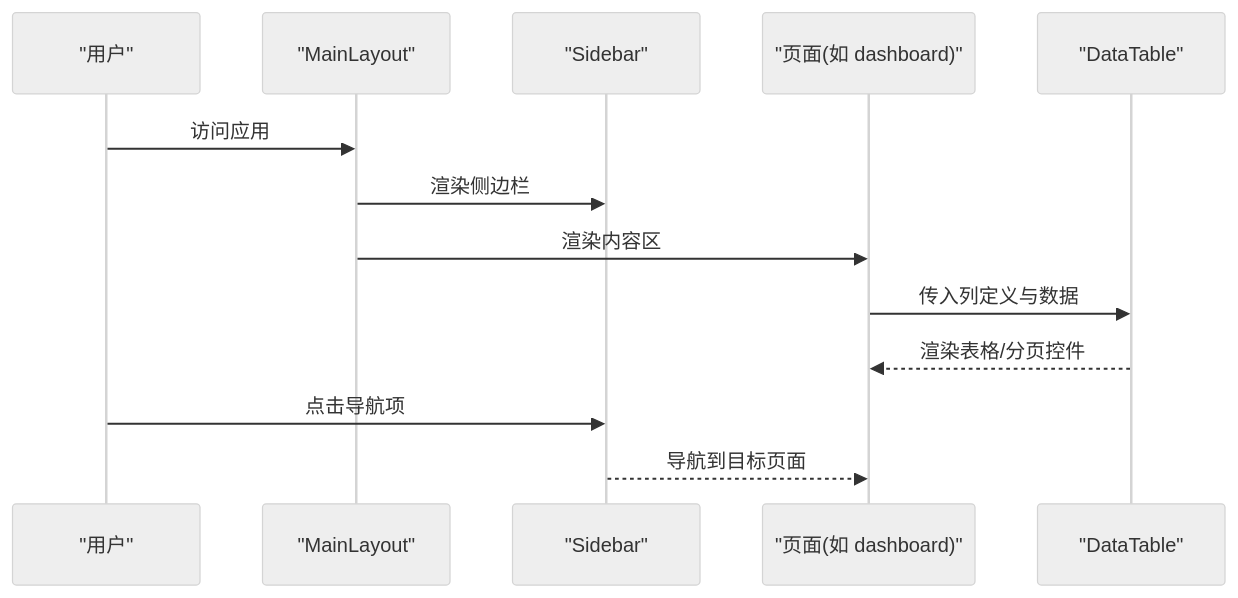
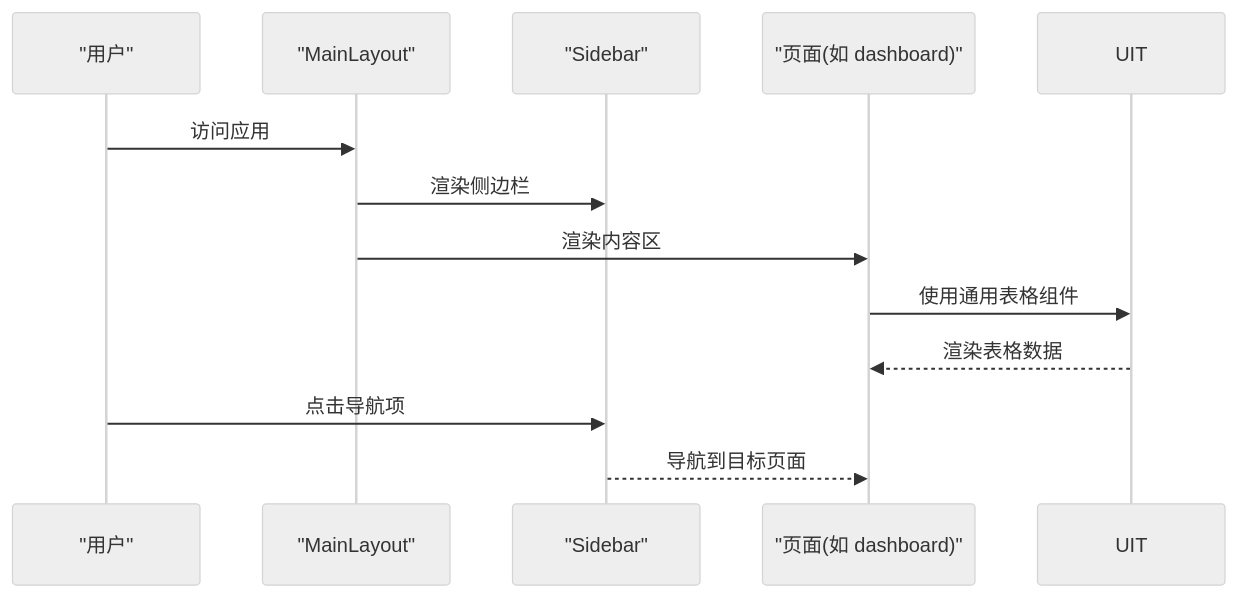
One commit to gujialind/InvestRing changed the second of 4 diagrams in .qoder/repowiki/zh/content/前端应用架构/组件系统架构/桌面端组件.md. Above: the diagram before and after it, drawn with Mermaid (neutral theme). The commit also changed other lines of this file and 32 other files, not shown here.

````diff
--- a/.qoder/repowiki/zh/content/前端应用架构/组件系统架构/桌面端组件.md
+++ b/.qoder/repowiki/zh/content/前端应用架构/组件系统架构/桌面端组件.md
@@ -101,15 +95,14 @@
 ```mermaid
 sequenceDiagram
 participant User as "用户"
 participant ML as "MainLayout"
 participant SB as "Sidebar"
 participant Page as "页面(如 dashboard)"
-participant DT as "DataTable"
 User->>ML : 访问应用
 ML->>SB : 渲染侧边栏
 ML->>Page : 渲染内容区
-Page->>DT : 传入列定义与数据
-DT-->>Page : 渲染表格/分页控件
+Page->>UIT : 使用通用表格组件
+UIT-->>Page : 渲染表格数据
 User->>SB : 点击导航项
 SB-->>Page : 导航到目标页面
 ```
````
